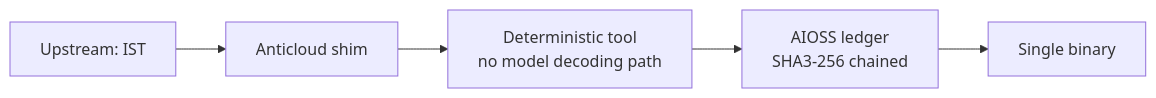
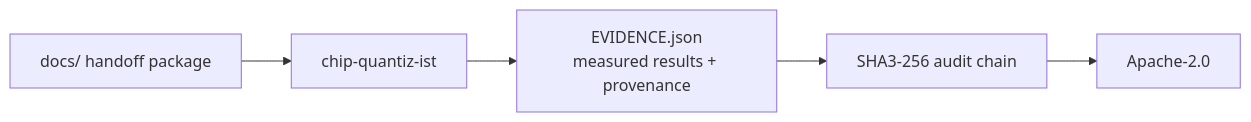
The diagram in README.md (the-anticloud/chip-quantiz-ist), drawn with Mermaid before and after one commit. The commit also changed other lines of this file and 7 other files, not shown here.

````diff
--- a/README.md
+++ b/README.md
@@ -11,7 +22,7 @@
 ```mermaid
 graph LR
-    U[Upstream: IST] --> S[Anticloud shim]
-    S --> T[Deterministic tool<br/>no model decoding path]
-    T --> A[AIOSS ledger<br/>SHA3-256 chained]
-    A --> B[Single binary]
+    D[docs/ handoff package] --> R[chip-quantiz-ist]
+    R --> E[EVIDENCE.json\nmeasured results + provenance]
+    E --> A[SHA3-256 audit chain]
+    A --> L[Apache-2.0]
 ```
````
